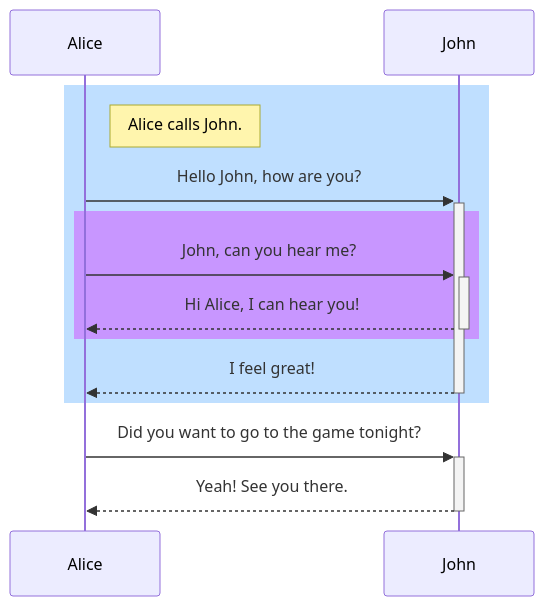
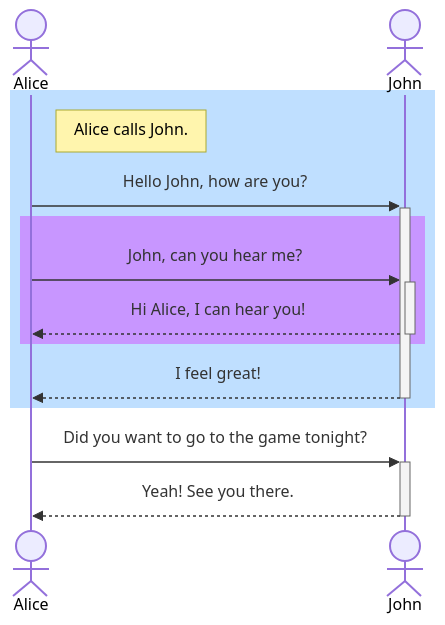
The first of 2 diagrams in Project GadjIT/_Documentation/docfx_UserGuide/articles/intro.md (OrchardPaul/Smartguard-TechDocs), drawn with Mermaid before and after one commit. The commit also changed other lines of this file and 2 other files, not shown here.

Commit message:
Got Mermaid to work

````diff
--- a/Project GadjIT/_Documentation/docfx_UserGuide/articles/intro.md
+++ b/Project GadjIT/_Documentation/docfx_UserGuide/articles/intro.md
@@ -29,17 +29,17 @@
 ```mermaid
 sequenceDiagram
-    participant Alice
-    participant John
+    actor Alice
+    actor John
 
     rect rgb(191, 223, 255)
     note right of Alice: Alice calls John.
     Alice->>+John: Hello John, how are you?
     rect rgb(200, 150, 255)
     Alice->>+John: John, can you hear me?
     John-->>-Alice: Hi Alice, I can hear you!
     end
     John-->>-Alice: I feel great!
     end
     Alice ->>+ John: Did you want to go to the game tonight?
     John -->>- Alice: Yeah! See you there.
 ```
````
